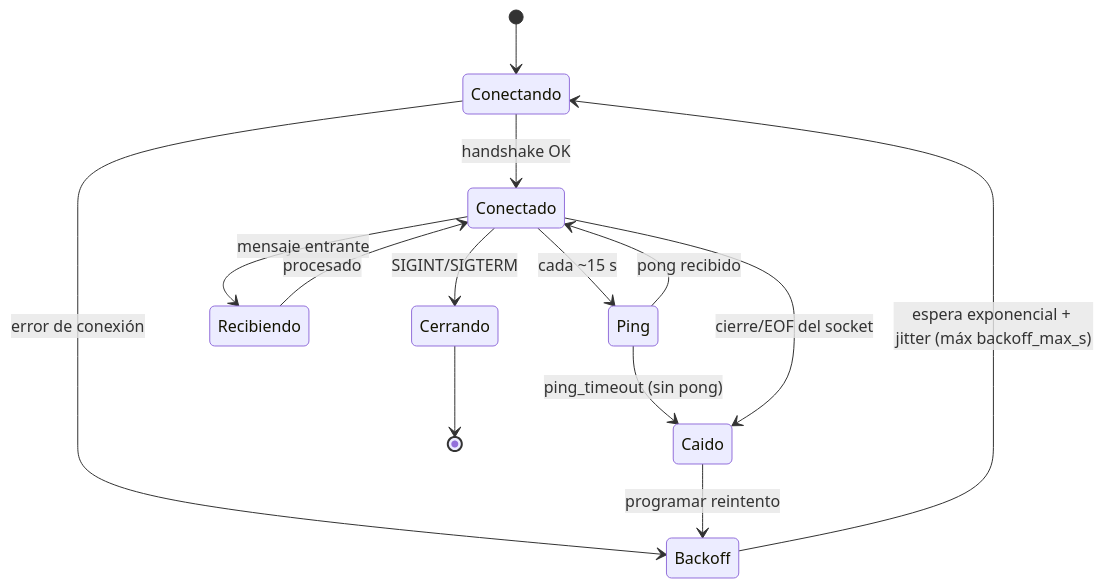
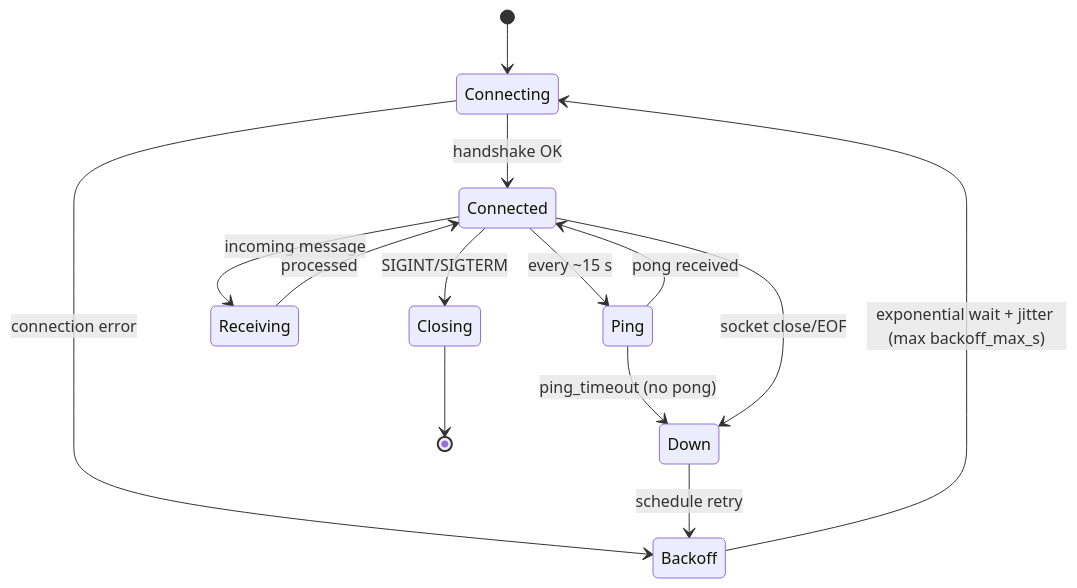
The third of 5 diagrams in ARCHITECTURE.md (ecrespo/vigia-eew), drawn with Mermaid before and after one commit. The commit also changed other lines of this file and 88 other files, not shown here.

````diff
--- a/ARCHITECTURE.md
+++ b/ARCHITECTURE.md
@@ -121,21 +121,21 @@
 ```mermaid
 stateDiagram-v2
-    [*] --> Conectando
-    Conectando --> Conectado: handshake OK
-    Conectando --> Backoff: error de conexión
+    [*] --> Connecting
+    Connecting --> Connected: handshake OK
+    Connecting --> Backoff: connection error
 
-    Conectado --> Ping: cada ~15 s
-    Ping --> Conectado: pong recibido
-    Ping --> Caido: ping_timeout (sin pong)
+    Connected --> Ping: every ~15 s
+    Ping --> Connected: pong received
+    Ping --> Down: ping_timeout (no pong)
 
-    Conectado --> Recibiendo: mensaje entrante
-    Recibiendo --> Conectado: procesado
+    Connected --> Receiving: incoming message
+    Receiving --> Connected: processed
 
-    Conectado --> Caido: cierre/EOF del socket
-    Caido --> Backoff: programar reintento
+    Connected --> Down: socket close/EOF
+    Down --> Backoff: schedule retry
 
-    Backoff --> Conectando: espera exponencial + jitter (máx backoff_max_s)
+    Backoff --> Connecting: exponential wait + jitter (max backoff_max_s)
 
-    Conectado --> Cerrando: SIGINT/SIGTERM
-    Cerrando --> [*]
+    Connected --> Closing: SIGINT/SIGTERM
+    Closing --> [*]
 ```
````
